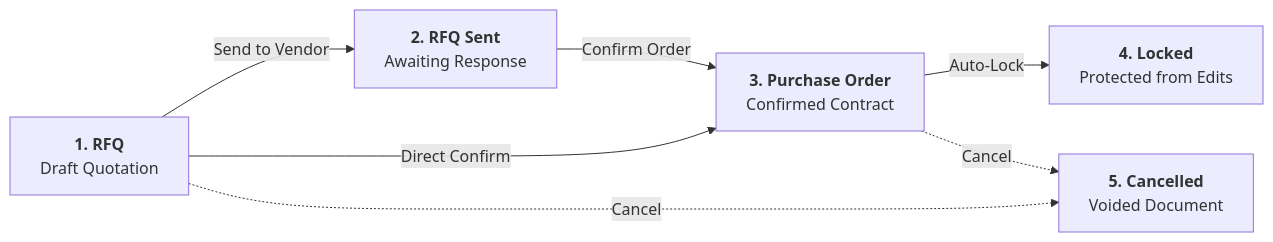
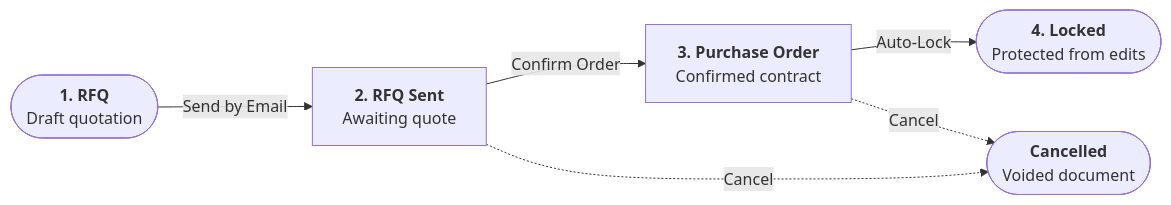
The first of 2 diagrams in docs/Purchase/core-concepts/01-understanding-the-procurement-lifecycle-and-order-states.md (ManfredNelvin-Dev/curq-documentation), drawn with Mermaid before and after one commit. The commit also changed other lines of this file and 284 other files, not shown here.

````diff
--- a/docs/Purchase/core-concepts/01-understanding-the-procurement-lifecycle-and-order-states.md
+++ b/docs/Purchase/core-concepts/01-understanding-the-procurement-lifecycle-and-order-states.md
@@ -11,16 +11,14 @@
 ```{mermaid}
 flowchart LR
-    RFQ["`**1. RFQ**
-    Draft Quotation`"] -->|Send to Vendor| Sent["`**2. RFQ Sent**
-    Awaiting Response`"]
-    RFQ -->|Direct Confirm| PO["`**3. Purchase Order**
-    Confirmed Contract`"]
-    Sent -->|Confirm Order| PO
+    RFQ(["`**1. RFQ**
+    Draft quotation`"]) -->|"Send by Email"| Sent["`**2. RFQ Sent**
+    Awaiting quote`"]
+    Sent -->|"Confirm Order"| PO["`**3. Purchase Order**
+    Confirmed contract`"]
+    PO -->|"Auto-Lock"| Locked(["`**4. Locked**
+    Protected from edits`"])
 
-    PO -->|Auto-Lock| Locked["`**4. Locked**
-    Protected from Edits`"]
-
-    RFQ -.->|Cancel| Can["`**5. Cancelled**
-    Voided Document`"]
-    PO -.->|Cancel| Can
+    Sent -.->|"Cancel"| Cancelled(["`**Cancelled**
+    Voided document`"])
+    PO -.->|"Cancel"| Cancelled
 ```
````
